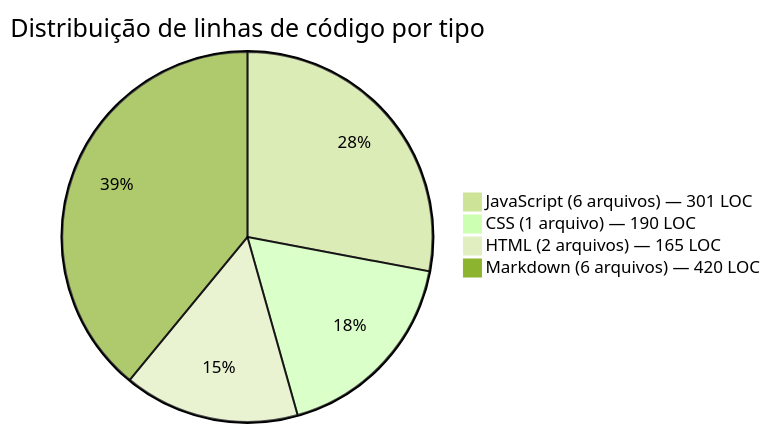
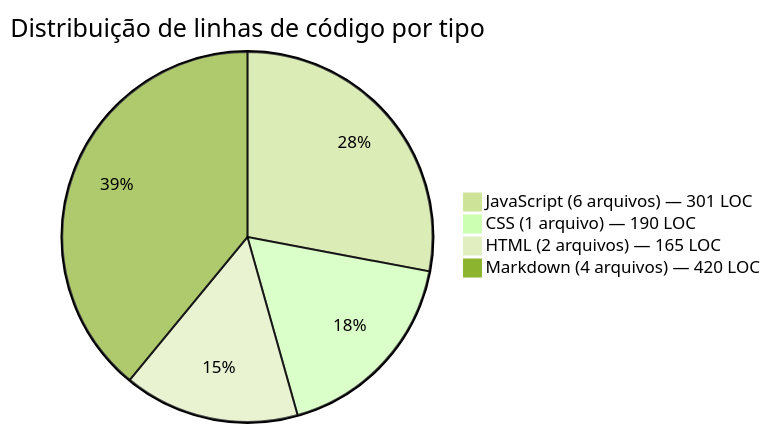
One commit to danilolps01/Conversor-de-Unidades changed the second of 3 diagrams in Relatorio-de-Processo-Qualidade.md. Above: the diagram before and after it, drawn with Mermaid (forest theme). The commit also changed other lines of this file, not shown here.

````diff
--- a/Relatorio-de-Processo-Qualidade.md
+++ b/Relatorio-de-Processo-Qualidade.md
@@ -147,7 +147,7 @@
 ``` mermaid
 pie title Distribuição de linhas de código por tipo
 "JavaScript (6 arquivos) — 301 LOC" : 301
 "CSS (1 arquivo) — 190 LOC" : 190
 "HTML (2 arquivos) — 165 LOC" : 165
-"Markdown (6 arquivos) — 420 LOC" : 420
+"Markdown (4 arquivos) — 420 LOC" : 420
 ```
````
